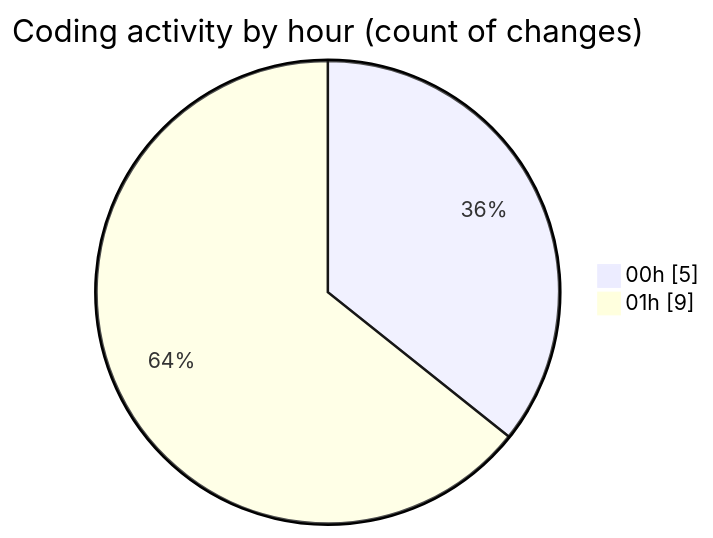
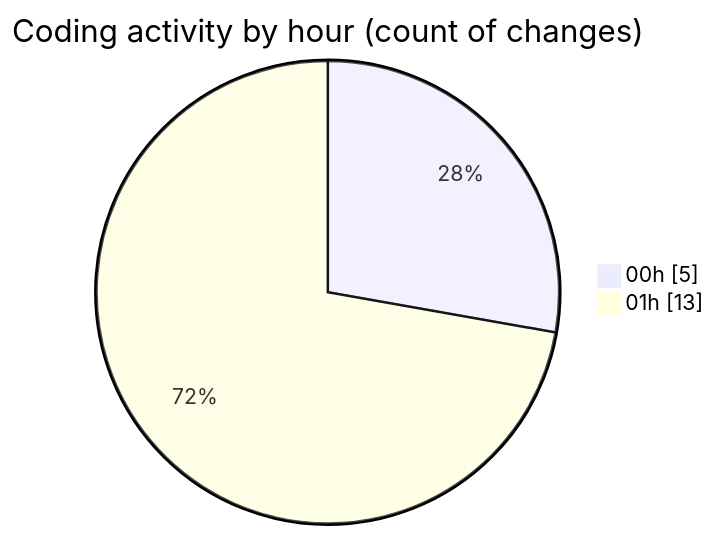
Before and after one commit to shibass792/code-tracking: the second of 2 diagrams in 2026-07-14/shibass-ai/README.md, drawn with Mermaid. The commit also changed other lines of this file and 1 other file, not shown here.

````diff
--- a/2026-07-14/shibass-ai/README.md
+++ b/2026-07-14/shibass-ai/README.md
@@ -35,6 +37,6 @@
 ```mermaid
 pie showData
 title Coding activity by hour (count of changes)
 "00h" : 5
-"01h" : 9
+"01h" : 13
 ```
````
